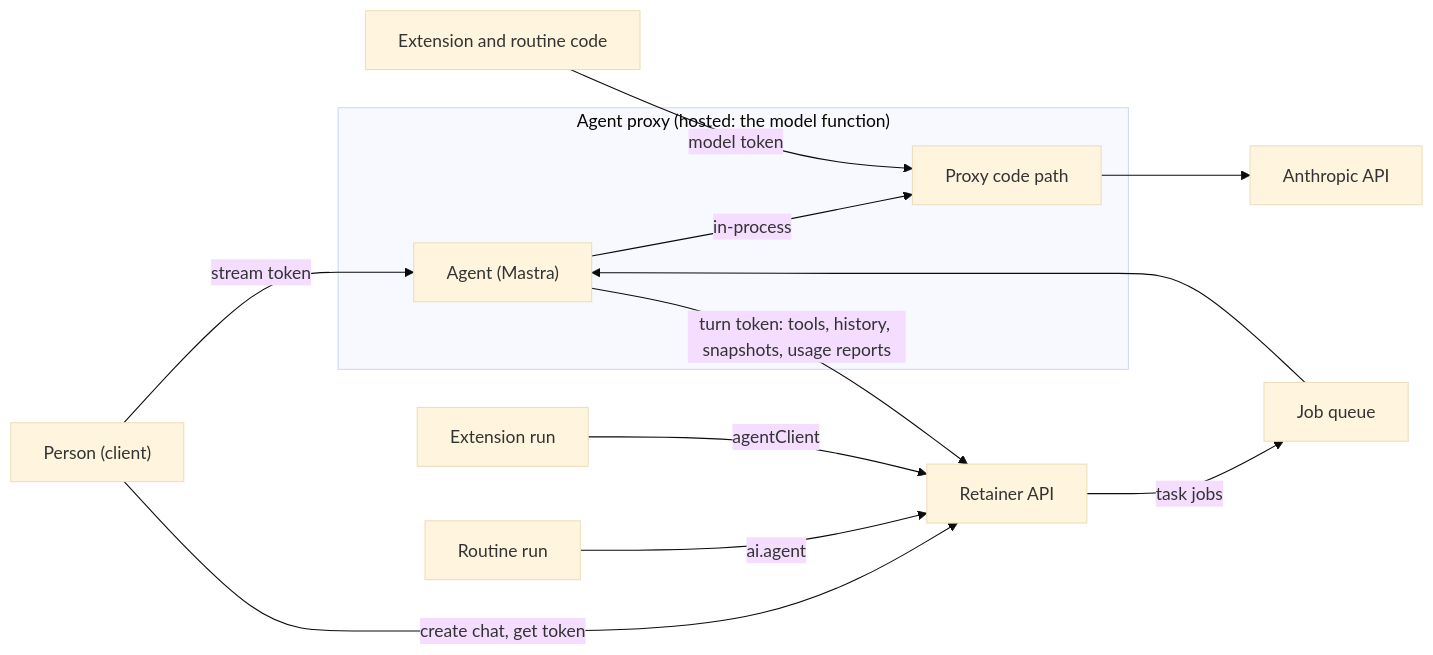
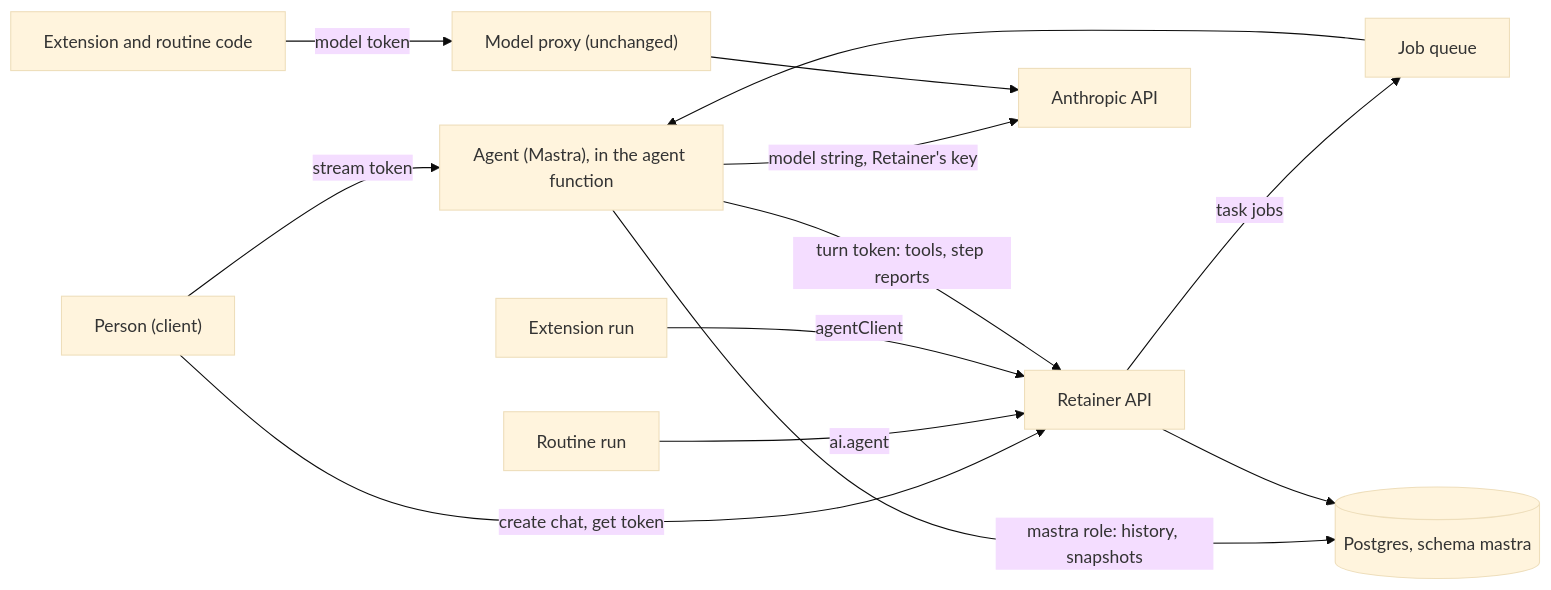
Before and after one commit to Tamloot-cc/Retainer: the diagram in docs/specs/agent.md, drawn with Mermaid (base theme). The commit also changed other lines of this file, not shown here.

First line of the commit message:
Agent spec: third review round, agent on Mastra's model string, mastra-only role

````diff
--- a/docs/specs/agent.md
+++ b/docs/specs/agent.md
@@ -86,15 +92,15 @@
 ```mermaid
 flowchart LR
   P["Person (client)"] -->|"stream token"| AG
   P -->|"create chat, get token"| API
   R["Routine run"] -->|"ai.agent"| API
   X["Extension run"] -->|"agentClient"| API
   API["Retainer API"] -->|"task jobs"| Q["Job queue"]
-  Q --> AG
-  subgraph AP["Agent proxy (hosted: the model function)"]
-    AG["Agent (Mastra)"] -->|"in-process"| MP["Proxy code path"]
-  end
-  C["Extension and routine code"] -->|"model token"| MP
-  MP --> AN["Anthropic API"]
-  AG -->|"turn token: tools, history, snapshots, usage reports"| API
+  Q --> AG["Agent (Mastra), in the agent function"]
+  AG -->|"model string, Retainer's key"| AN["Anthropic API"]
+  AG -->|"turn token: tools, step reports"| API
+  AG -->|"mastra role: history, snapshots"| PG[("Postgres, schema mastra")]
+  API --> PG
+  C["Extension and routine code"] -->|"model token"| MP["Model proxy (unchanged)"]
+  MP --> AN
 ```
````
